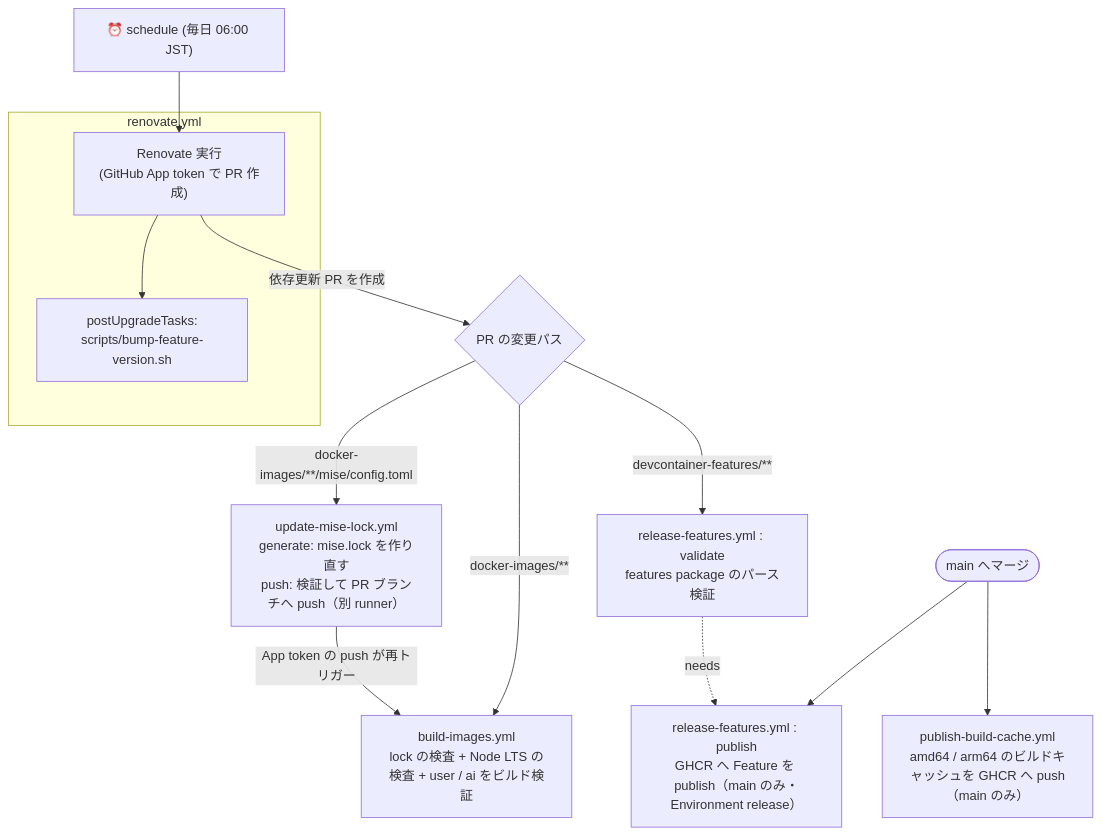
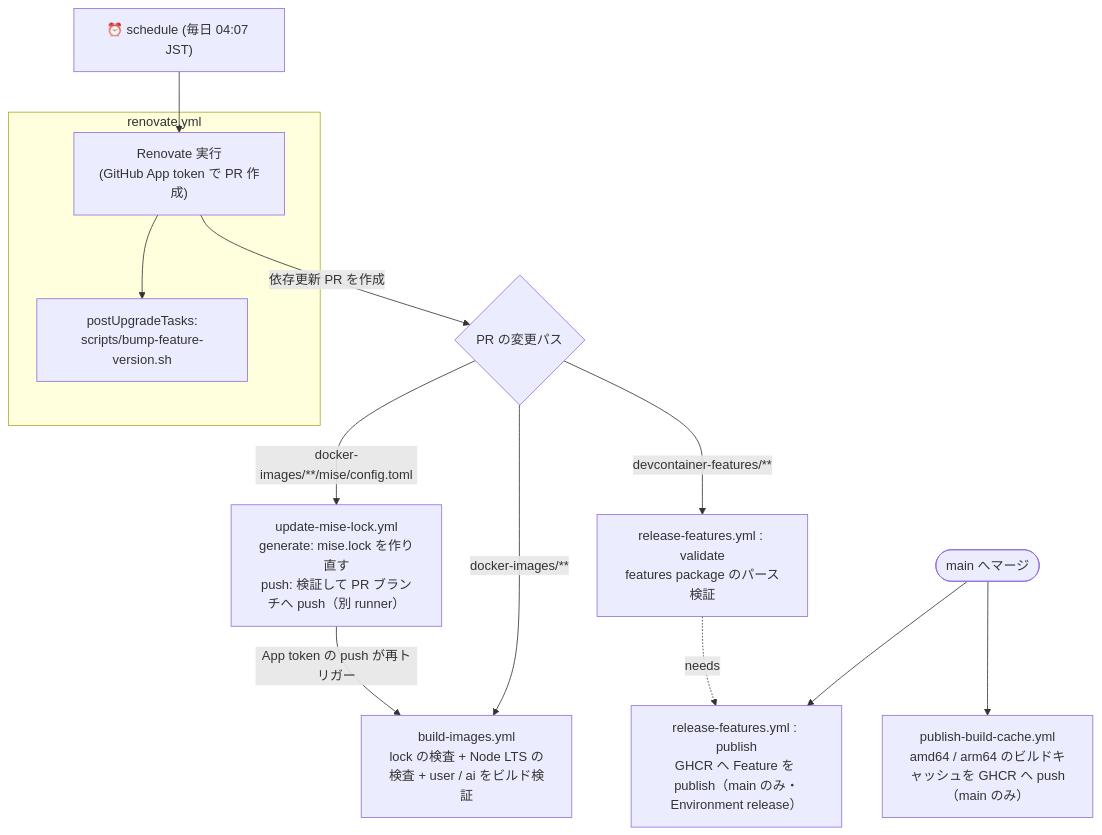
The diagram in docs/MAINTAINING.md (Diiva-Szk/devcontainer-env-core), drawn with Mermaid before and after one commit. The commit also changed other lines of this file and 2 other files, not shown here.

Commit message:
chore(ci): Renovate ワークフローの実行時刻を 04:07 JST に変更する
GitHub Actions の定期実行は毎時0分が混雑して遅延しやすいため、分をずらす。

````diff
--- a/docs/MAINTAINING.md
+++ b/docs/MAINTAINING.md
@@ -139,22 +139,22 @@
 ```mermaid
 flowchart TD
-    cron["⏰ schedule (毎日 06:00 JST)"] --> renovate
+    cron["⏰ schedule (毎日 04:07 JST)"] --> renovate
 
     subgraph renovate_wf["renovate.yml"]
         renovate["Renovate 実行<br/>(GitHub App token で PR 作成)"]
         bump["postUpgradeTasks:<br/>scripts/bump-feature-version.sh"]
         renovate --> bump
     end
 
     renovate -->|依存更新 PR を作成| PR{"PR の変更パス"}
 
     PR -->|"docker-images/**"| build["build-images.yml<br/>lock の検査 + Node LTS の検査 + user / ai をビルド検証"]
     PR -->|"docker-images/**/mise/config.toml"| lock["update-mise-lock.yml<br/>generate: mise.lock を作り直す<br/>push: 検証して PR ブランチへ push（別 runner）"]
     PR -->|"devcontainer-features/**"| validate["release-features.yml : validate<br/>features package のパース検証"]
 
     lock -->|"App token の push が再トリガー"| build
 
     merge(["main へマージ"]) --> publish["release-features.yml : publish<br/>GHCR へ Feature を publish（main のみ・Environment release）"]
     merge --> cache["publish-build-cache.yml<br/>amd64 / arm64 のビルドキャッシュを GHCR へ push（main のみ）"]
     validate -. "needs" .-> publish
 ```
````
